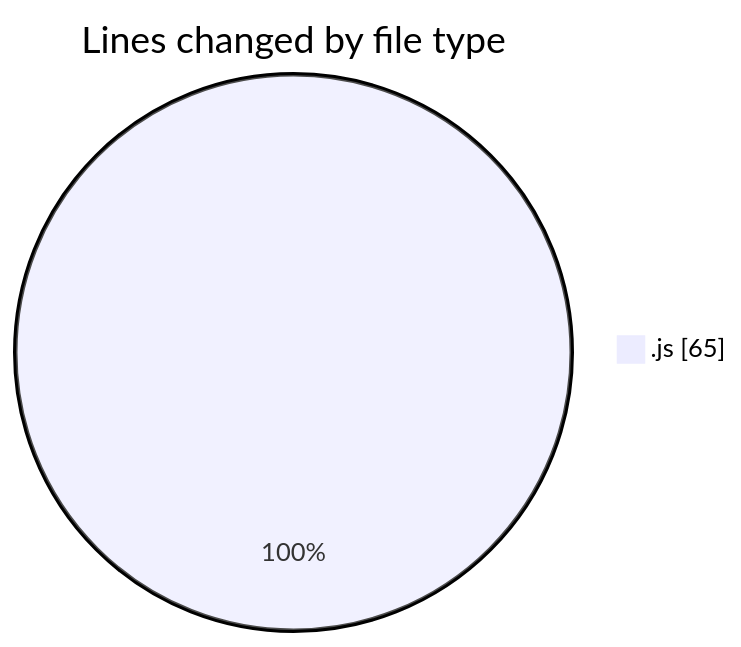
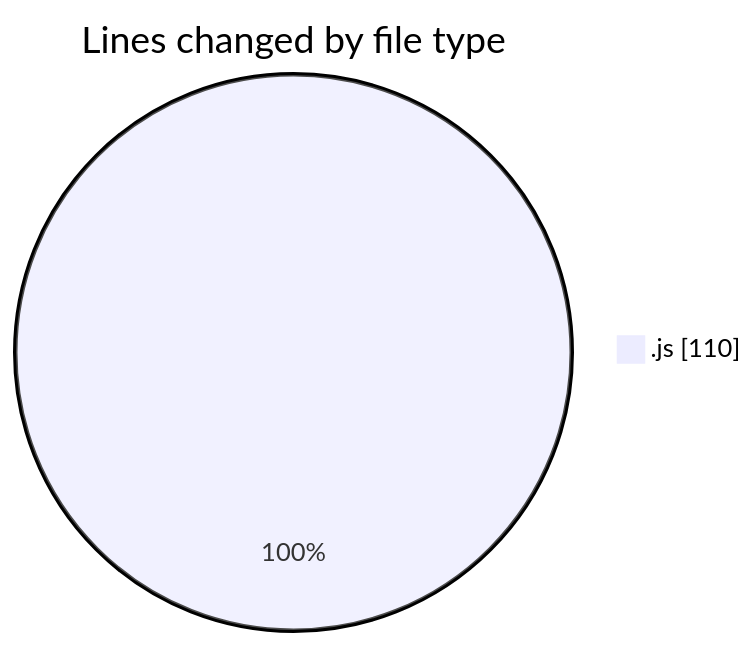
The first of 2 diagrams in 2025-07-27/javascript/README.md (Ritupan-Deka/code-tracking), drawn with Mermaid before and after one commit. The commit also changed other lines of this file and 1 other file, not shown here.

````diff
--- a/2025-07-27/javascript/README.md
+++ b/2025-07-27/javascript/README.md
@@ -20,5 +20,5 @@
 ```mermaid
 pie showData
 title Lines changed by file type
-".js" : 65
+".js" : 110
 ```
````
